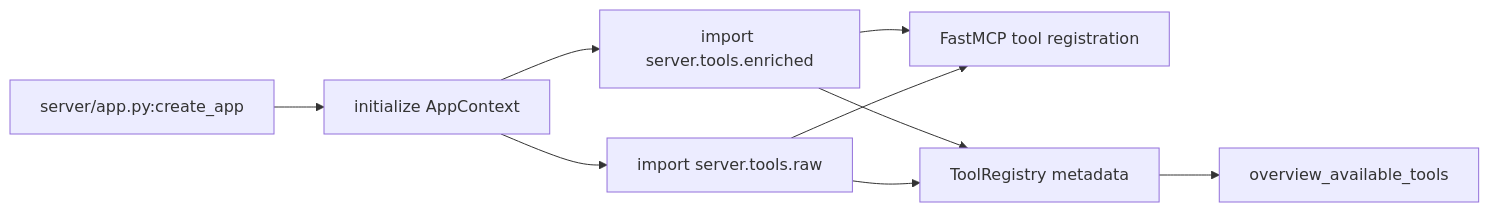
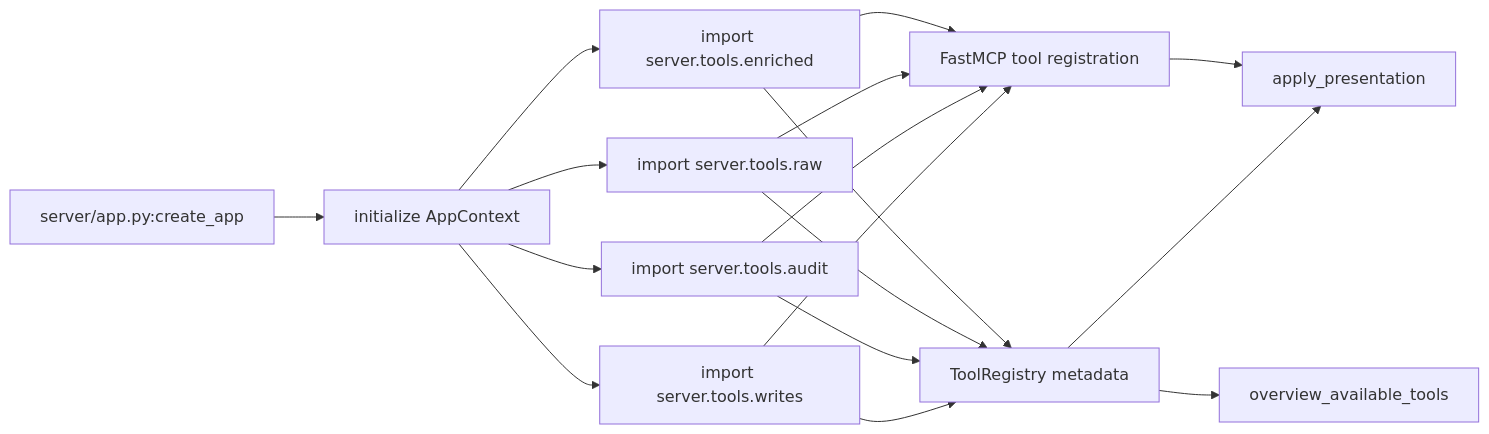
The fifth of 5 diagrams in docs/architecture.md (hs737/mcp-server-for-ynab), drawn with Mermaid before and after one commit. The commit also changed other lines of this file and 45 other files, not shown here.

First line of the commit message:
Add multi-month audit tools and shrink the payloads a review has to read

````diff
--- a/docs/architecture.md
+++ b/docs/architecture.md
@@ -256,11 +269,19 @@
 ```mermaid
 flowchart LR
     A["server/app.py:create_app"] --> B["initialize AppContext"]
     B --> C["import server.tools.enriched"]
     B --> D["import server.tools.raw"]
+    B --> H["import server.tools.audit"]
+    B --> I["import server.tools.writes"]
     C --> E["FastMCP tool registration"]
     D --> E
+    H --> E
+    I --> E
     C --> F["ToolRegistry metadata"]
     D --> F
+    H --> F
+    I --> F
+    E --> J["apply_presentation"]
+    F --> J
     F --> G["overview_available_tools"]
 ```
````
